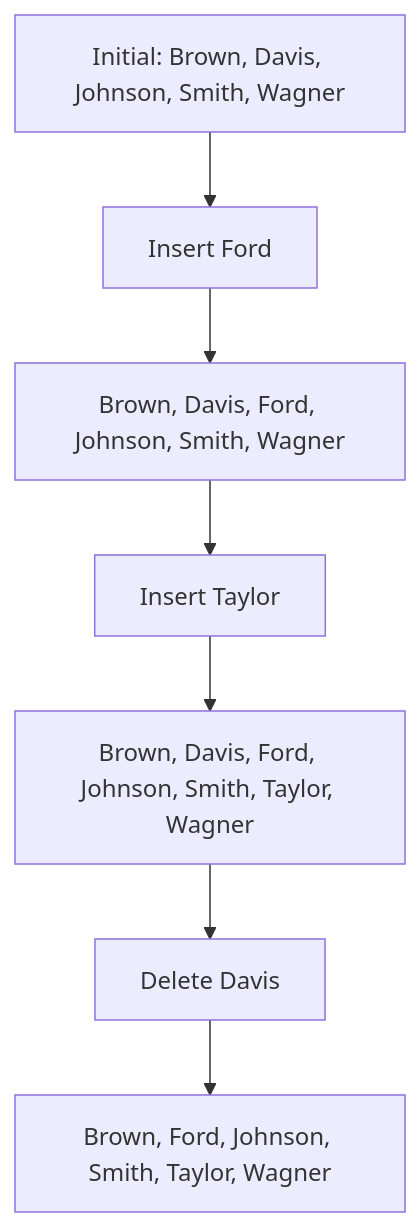
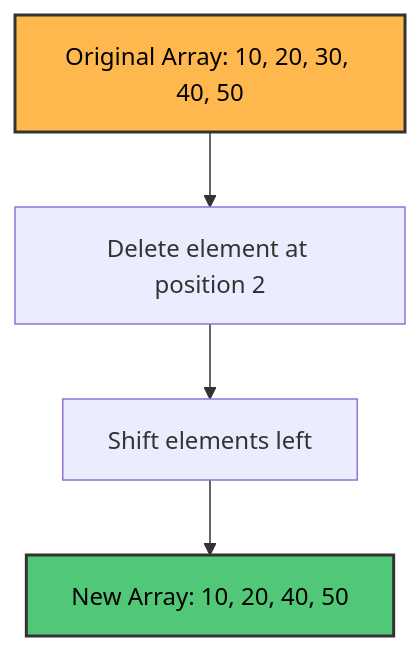
One commit to M-F-Tushar/CSE-2101-Data-Structure changed the sixth of 15 diagrams in Chapter 4 - Arrays, Records and Pointers/README.md. Above: the diagram before and after it, drawn with Mermaid. The commit also changed other lines of this file, not shown here.

````diff
--- a/Chapter 4 - Arrays, Records and Pointers/README.md
+++ b/Chapter 4 - Arrays, Records and Pointers/README.md
@@ -496,9 +402,9 @@
 ```mermaid
-flowchart TD
-    A[Initial: Brown, Davis, Johnson, Smith, Wagner] --> B[Insert Ford]
-    B --> C[Brown, Davis, Ford, Johnson, Smith, Wagner]
-    C --> D[Insert Taylor]
-    D --> E[Brown, Davis, Ford, Johnson, Smith, Taylor, Wagner]
-    E --> F[Delete Davis]
-    F --> G[Brown, Ford, Johnson, Smith, Taylor, Wagner]
+graph TD
+    A["Original Array: 10, 20, 30, 40, 50"] --> B["Delete element at position 2"]
+    B --> C["Shift elements left"]
+    C --> D["New Array: 10, 20, 40, 50"]
+    
+    style A fill:#FFB84D,stroke:#333,stroke-width:2px,color:#000
+    style D fill:#50C878,stroke:#333,stroke-width:2px,color:#000
 ```
````
